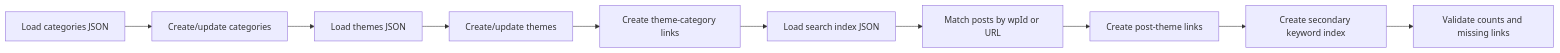
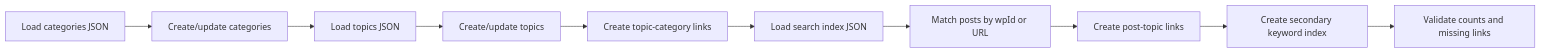
Before and after one commit to SteveEastin123/bart-blog-demo: the third of 3 diagrams in docs/wordpress_json_integration_guide.md, drawn with Mermaid. The commit also changed other lines of this file and 11 other files, not shown here.

Commit message:
Rename themes to topics

````diff
--- a/docs/wordpress_json_integration_guide.md
+++ b/docs/wordpress_json_integration_guide.md
@@ -315,12 +315,12 @@
 ```mermaid
 flowchart LR
     A["Load categories JSON"] --> B["Create/update categories"]
-    B --> C["Load themes JSON"]
-    C --> D["Create/update themes"]
-    D --> E["Create theme-category links"]
+    B --> C["Load topics JSON"]
+    C --> D["Create/update topics"]
+    D --> E["Create topic-category links"]
     E --> F["Load search index JSON"]
     F --> G["Match posts by wpId or URL"]
-    G --> H["Create post-theme links"]
+    G --> H["Create post-topic links"]
     H --> I["Create secondary keyword index"]
     I --> J["Validate counts and missing links"]
 ```
````
